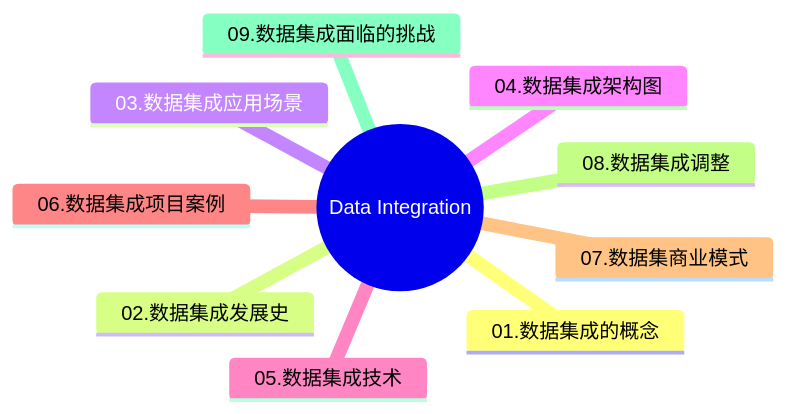
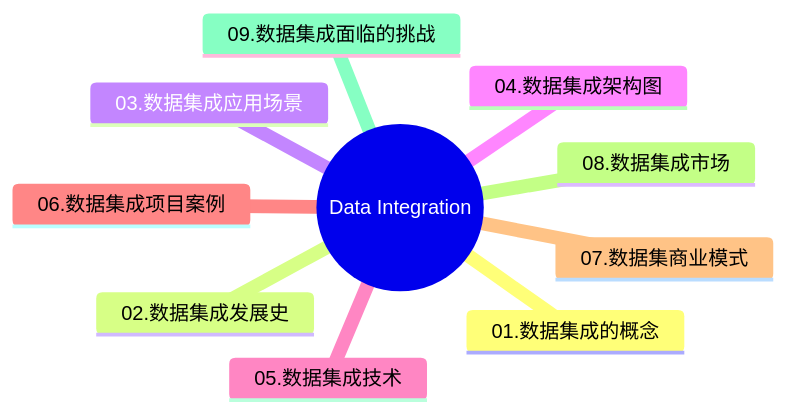
One commit to xuf-95/xufei-wiki changed the first of 3 diagrams in content/bigdata/01 Data Integration/Data Integration.md. Above: the diagram before and after it, drawn with Mermaid. The commit also changed other lines of this file, not shown here.

````diff
--- a/content/bigdata/01 Data Integration/Data Integration.md
+++ b/content/bigdata/01 Data Integration/Data Integration.md
@@ -16,13 +16,13 @@
 ```mermaid
 mindmap
   root((Data Integration))
     01.数据集成的概念
     02.数据集成发展史
     03.数据集成应用场景
     04.数据集成架构图
     05.数据集成技术
     06.数据集成项目案例
     07.数据集商业模式
-    08.数据集成调整
+    08.数据集成市场
     09.数据集成面临的挑战
 ```
````
